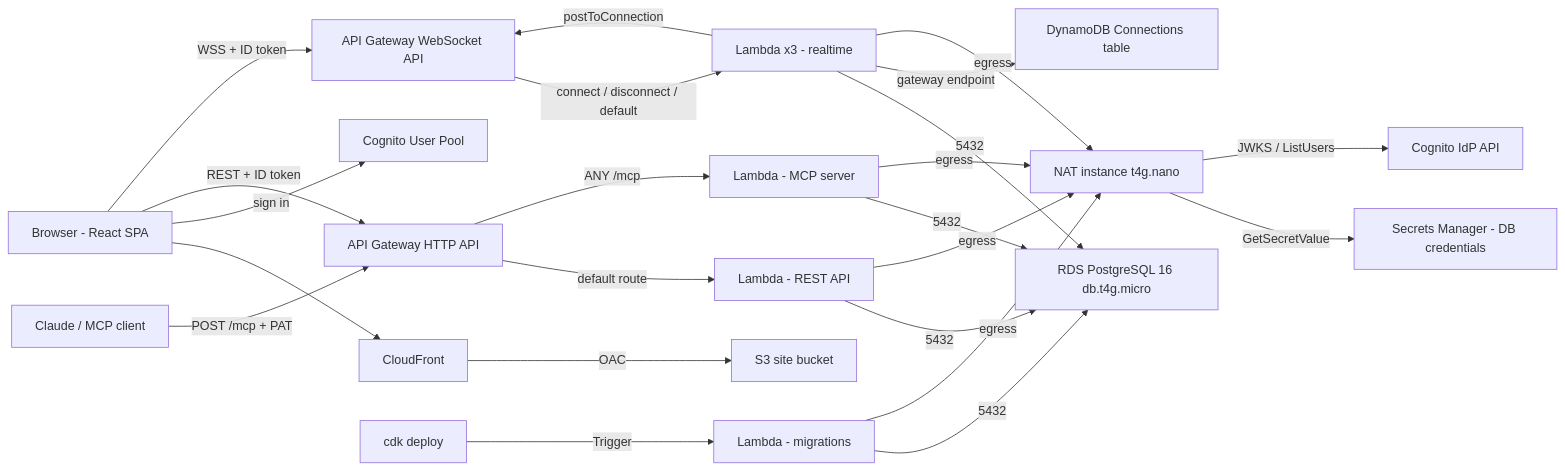
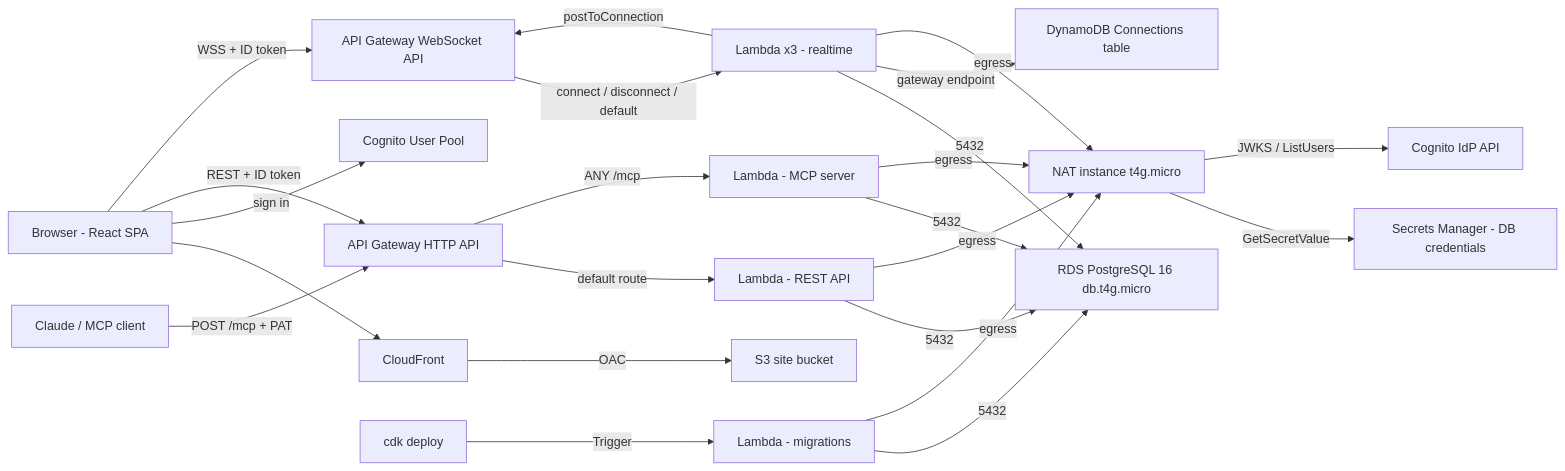
The diagram in README.md (Sharann-del/Clara), drawn with Mermaid before and after one commit. The commit also changed 10 other files, not shown here.

Commit message:
infra: default the NAT instance to t4g.micro for Free plan accounts

````diff
--- a/README.md
+++ b/README.md
@@ -40,25 +40,25 @@
 ```mermaid
 flowchart LR
   Browser[Browser - React SPA] --> CloudFront[CloudFront]
   CloudFront -->|OAC| S3[S3 site bucket]
   Browser -->|sign in| Cognito[Cognito User Pool]
   Browser -->|REST + ID token| HttpApi[API Gateway HTTP API]
   Browser -->|WSS + ID token| WsApi[API Gateway WebSocket API]
   Claude[Claude / MCP client] -->|POST /mcp + PAT| HttpApi
   HttpApi -->|default route| ApiFn[Lambda - REST API]
   HttpApi -->|ANY /mcp| McpFn[Lambda - MCP server]
   WsApi -->|connect / disconnect / default| WsFn[Lambda x3 - realtime]
   Deploy[cdk deploy] -->|Trigger| MigrateFn[Lambda - migrations]
   ApiFn -->|5432| RDS[RDS PostgreSQL 16 db.t4g.micro]
   McpFn -->|5432| RDS
   WsFn -->|5432| RDS
   MigrateFn -->|5432| RDS
   WsFn -->|gateway endpoint| DynamoDB[DynamoDB Connections table]
   WsFn -->|postToConnection| WsApi
-  ApiFn -->|egress| NAT[NAT instance t4g.nano]
+  ApiFn -->|egress| NAT[NAT instance t4g.micro]
   McpFn -->|egress| NAT
   WsFn -->|egress| NAT
   MigrateFn -->|egress| NAT
   NAT -->|GetSecretValue| Secrets[Secrets Manager - DB credentials]
   NAT -->|JWKS / ListUsers| CognitoAPI[Cognito IdP API]
 ```
````
